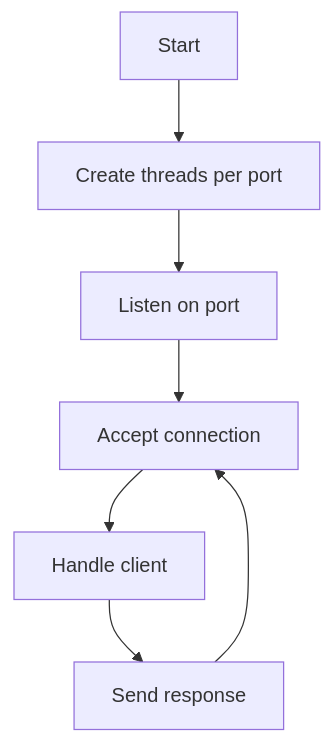
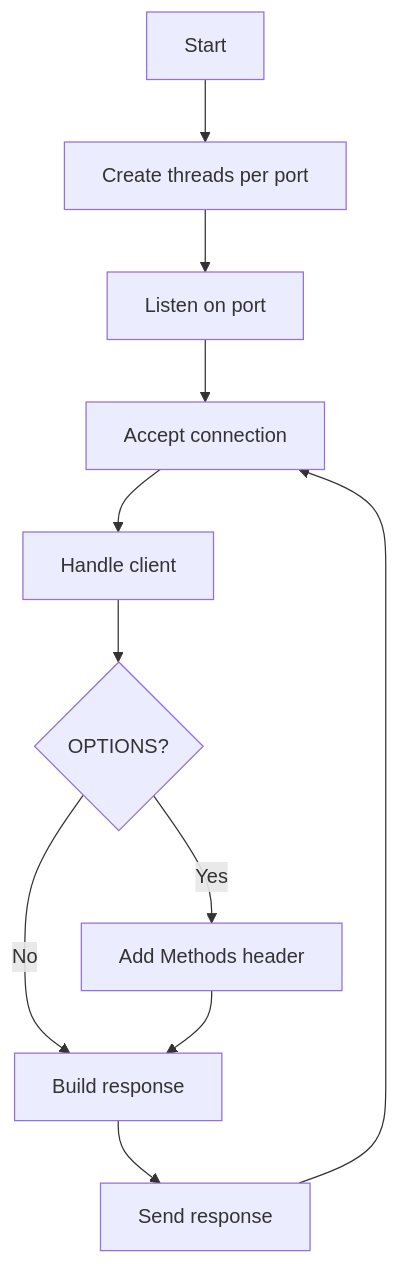
Before and after one commit to SkySai1/icap-stub: the diagram in docs/server.md, drawn with Mermaid. The commit also changed other lines of this file and 8 other files, not shown here.

````diff
--- a/docs/server.md
+++ b/docs/server.md
@@ -19,9 +20,13 @@
 ```mermaid
 flowchart TD
     A[Start] --> B[Create threads per port]
     B --> C[Listen on port]
     C --> D[Accept connection]
     D --> E[Handle client]
-    E --> F[Send response]
-    F --> D
+    E --> F{OPTIONS?}
+    F -- Yes --> G[Add Methods header]
+    F -- No --> H[Build response]
+    G --> H
+    H --> I[Send response]
+    I --> D
 ```
````
